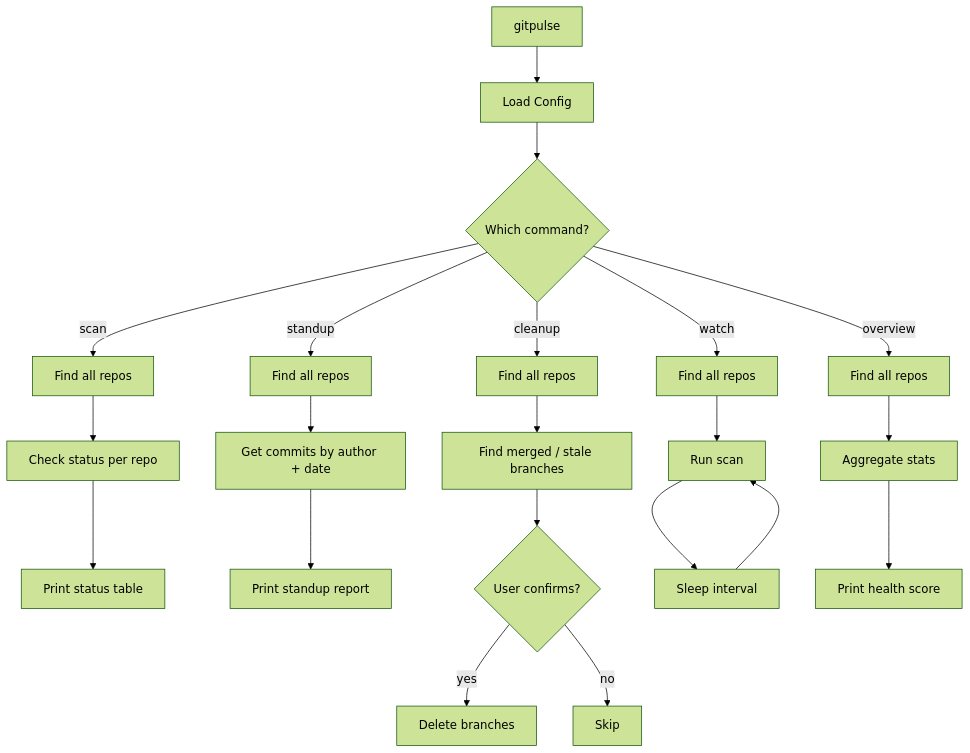
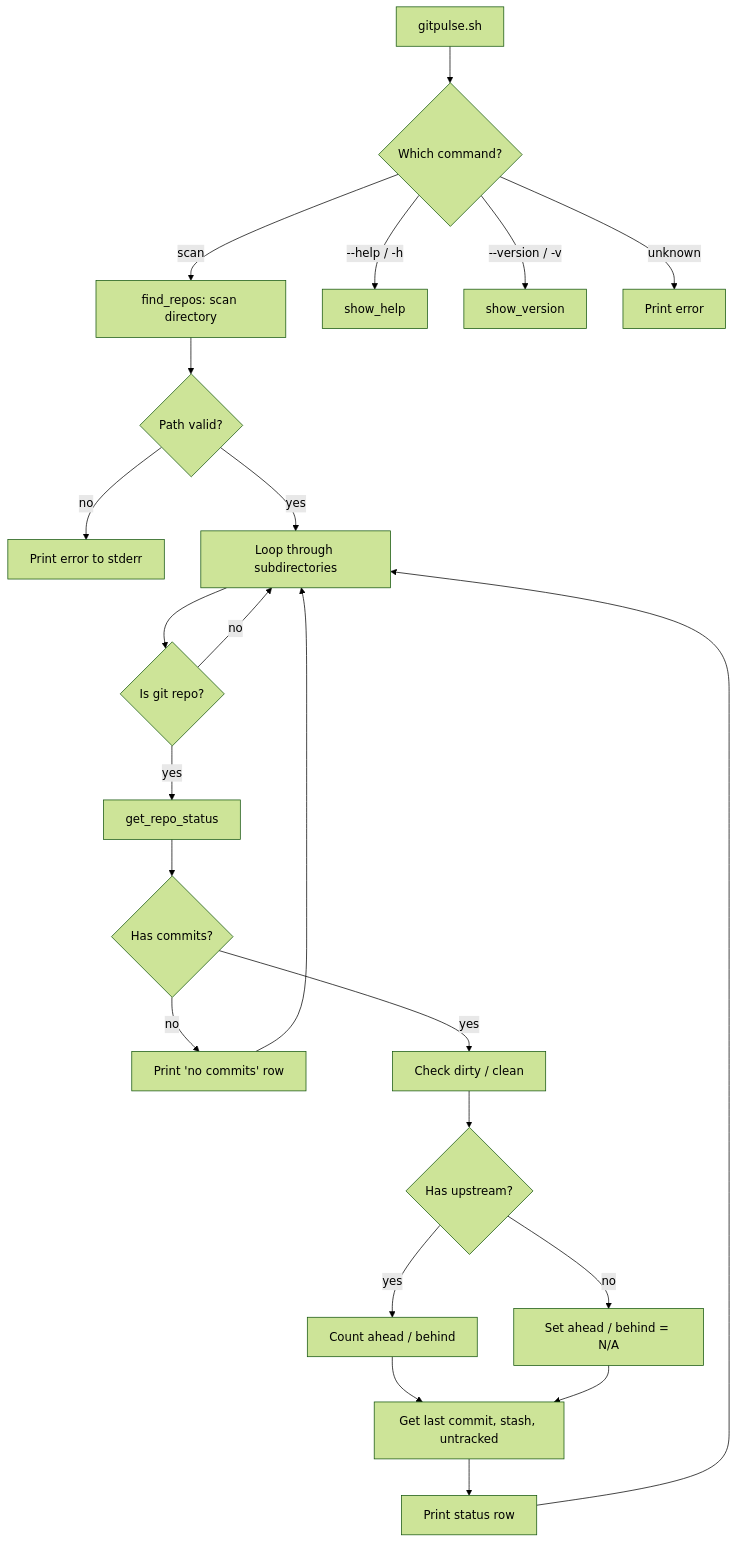
The diagram in flowchart.mermaid (kazee72/GitPulse), drawn with Mermaid (forest theme) before and after one commit.

Commit message:
docs: update flowchart

```diff
--- a/flowchart.mermaid
+++ b/flowchart.mermaid
@@ -1,27 +1,30 @@
 flowchart TD
-    A[gitpulse] --> B[Load Config]
-    B --> C{Which command?}
+    A[gitpulse.sh] --> B{Which command?}
 
-    C -->|scan| D[Find all repos]
-    C -->|standup| E[Find all repos]
-    C -->|cleanup| F[Find all repos]
-    C -->|watch| G[Find all repos]
-    C -->|overview| H[Find all repos]
+    B -->|scan| C[find_repos: scan directory]
+    B -->|--help / -h| D[show_help]
+    B -->|--version / -v| E[show_version]
+    B -->|unknown| F[Print error]
 
-    D --> I[Check status per repo]
-    I --> J[Print status table]
+    C --> G{Path valid?}
+    G -->|no| H[Print error to stderr]
+    G -->|yes| I[Loop through subdirectories]
 
-    E --> K[Get commits by author + date]
-    K --> L[Print standup report]
+    I --> J{Is git repo?}
+    J -->|no| I
+    J -->|yes| K[get_repo_status]
 
-    F --> M[Find merged / stale branches]
-    M --> N{User confirms?}
-    N -->|yes| O[Delete branches]
-    N -->|no| P[Skip]
+    K --> L{Has commits?}
+    L -->|no| M[Print 'no commits' row]
+    L -->|yes| N[Check dirty / clean]
 
-    G --> Q[Run scan]
-    Q --> R[Sleep interval]
-    R --> Q
+    N --> O{Has upstream?}
+    O -->|yes| P[Count ahead / behind]
+    O -->|no| Q[Set ahead / behind = N/A]
 
-    H --> S[Aggregate stats]
-    S --> T[Print health score]
+    P --> R[Get last commit, stash, untracked]
+    Q --> R
+    R --> S[Print status row]
+
+    M --> I
+    S --> I
```
